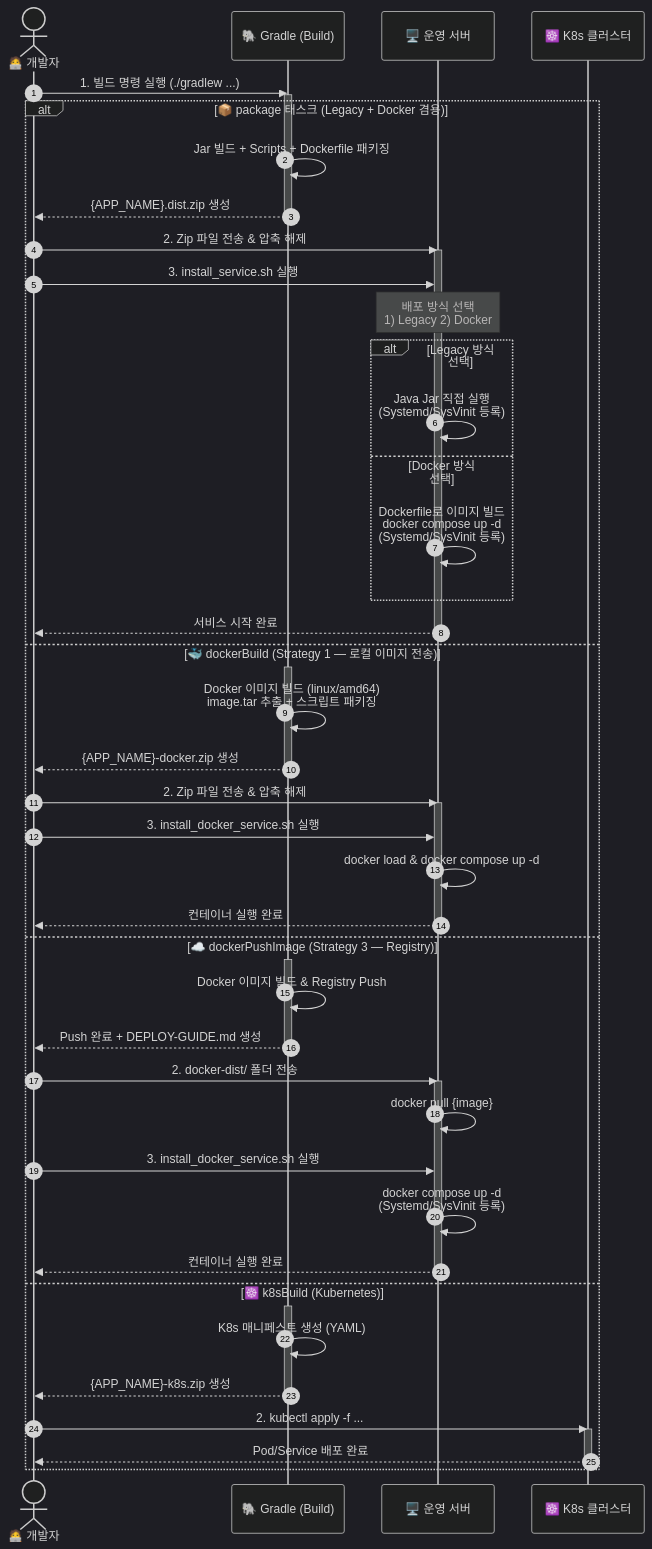
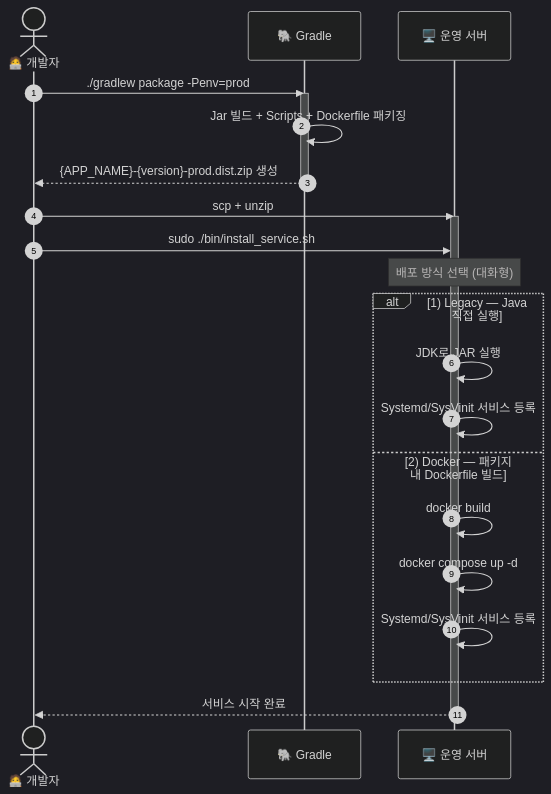
One commit to MJ-Youn/build-template changed the second of 6 diagrams in README.md. Above: the diagram before and after it, drawn with Mermaid (dark theme). The commit also changed other lines of this file, not shown here.

````diff
--- a/README.md
+++ b/README.md
@@ -444,63 +446,31 @@
 ```mermaid
 sequenceDiagram
     autonumber
     actor Dev as 🧑‍💻 개발자
-    participant Gradle as 🐘 Gradle (Build)
+    participant Gradle as 🐘 Gradle
     participant Server as 🖥️ 운영 서버
-    participant K8s as ☸️ K8s 클러스터
 
-    Dev->>Gradle: 1. 빌드 명령 실행 (./gradlew ...)
+    Dev->>Gradle: ./gradlew package -Penv=prod
     activate Gradle
+    Gradle->>Gradle: Jar 빌드 + Scripts + Dockerfile 패키징
+    Gradle-->>Dev: {APP_NAME}-{version}-prod.dist.zip 생성
+    deactivate Gradle
 
-    alt 📦 package 태스크 (Legacy + Docker 겸용)
-        Gradle->>Gradle: Jar 빌드 + Scripts + Dockerfile 패키징
-        Gradle-->>Dev: {APP_NAME}.dist.zip 생성
-        deactivate Gradle
-        Dev->>Server: 2. Zip 파일 전송 & 압축 해제
-        activate Server
-        Dev->>Server: 3. install_service.sh 실행
-        Note over Server: 배포 방식 선택<br/>1) Legacy  2) Docker
-        alt Legacy 방식 선택
-            Server->>Server: Java Jar 직접 실행<br/>(Systemd/SysVinit 등록)
-        else Docker 방식 선택
-            Server->>Server: Dockerfile로 이미지 빌드<br/>docker compose up -d<br/>(Systemd/SysVinit 등록)
-        end
-        Server-->>Dev: 서비스 시작 완료
-        deactivate Server
+    Dev->>Server: scp + unzip
+    activate Server
+    Dev->>Server: sudo ./bin/install_service.sh
 
-    else 🐳 dockerBuild (Strategy 1 — 로컬 이미지 전송)
-        activate Gradle
-        Gradle->>Gradle: Docker 이미지 빌드 (linux/amd64)<br/>image.tar 추출 + 스크립트 패키징
-        Gradle-->>Dev: {APP_NAME}-docker.zip 생성
-        deactivate Gradle
-        Dev->>Server: 2. Zip 파일 전송 & 압축 해제
-        activate Server
-        Dev->>Server: 3. install_docker_service.sh 실행
-        Server->>Server: docker load & docker compose up -d
-        Server-->>Dev: 컨테이너 실행 완료
-        deactivate Server
+    Note over Server: 배포 방식 선택 (대화형)
 
-    else ☁️ dockerPushImage (Strategy 3 — Registry)
-        activate Gradle
-        Gradle->>Gradle: Docker 이미지 빌드 & Registry Push
-        Gradle-->>Dev: Push 완료 + DEPLOY-GUIDE.md 생성
-        deactivate Gradle
-        Dev->>Server: 2. docker-dist/ 폴더 전송
-        activate Server
-        Server->>Server: docker pull {image}
-        Dev->>Server: 3. install_docker_service.sh 실행
-        Server->>Server: docker compose up -d<br/>(Systemd/SysVinit 등록)
-        Server-->>Dev: 컨테이너 실행 완료
-        deactivate Server
+    alt 1) Legacy — Java 직접 실행
+        Server->>Server: JDK로 JAR 실행
+        Server->>Server: Systemd/SysVinit 서비스 등록
+    else 2) Docker — 패키지 내 Dockerfile 빌드
+        Server->>Server: docker build
+        Server->>Server: docker compose up -d
+        Server->>Server: Systemd/SysVinit 서비스 등록
+    end
 
-    else ☸️ k8sBuild (Kubernetes)
-        activate Gradle
-        Gradle->>Gradle: K8s 매니페스트 생성 (YAML)
-        Gradle-->>Dev: {APP_NAME}-k8s.zip 생성
-        deactivate Gradle
-        Dev->>K8s: 2. kubectl apply -f ...
-        activate K8s
-        K8s-->>Dev: Pod/Service 배포 완료
-        deactivate K8s
-    end
+    Server-->>Dev: 서비스 시작 완료
+    deactivate Server
 ```
````
